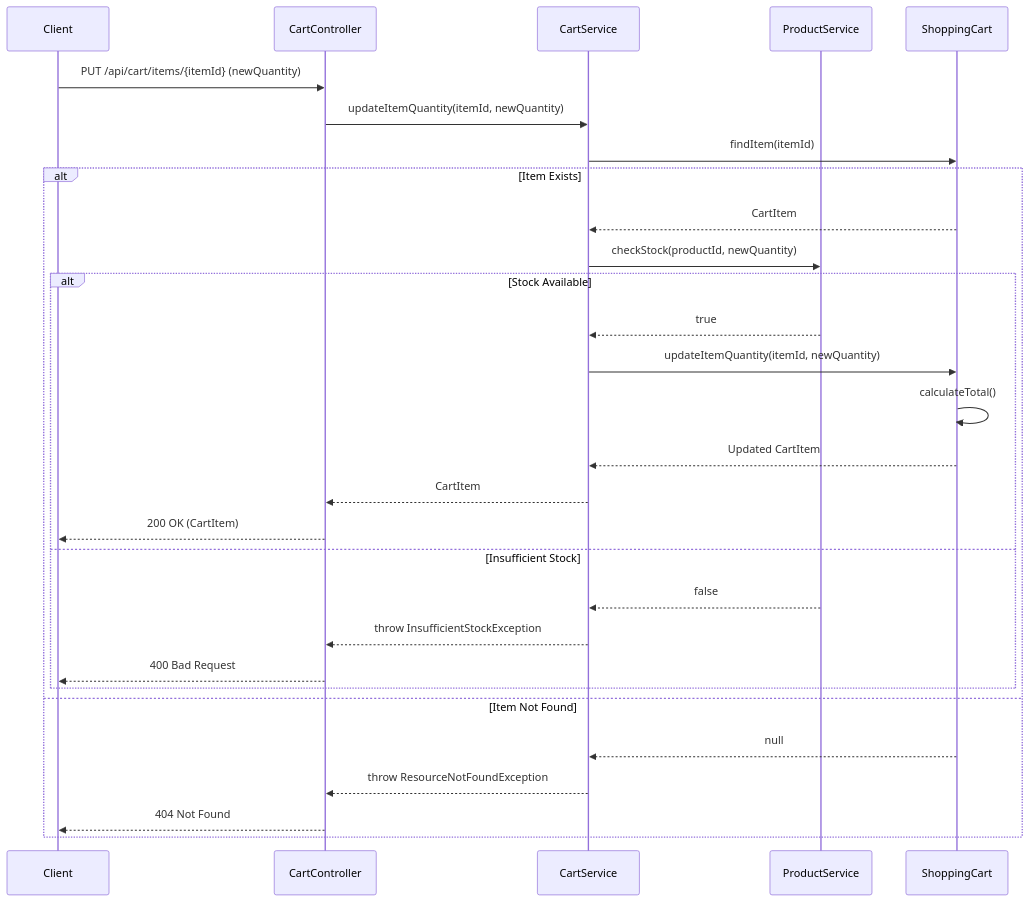
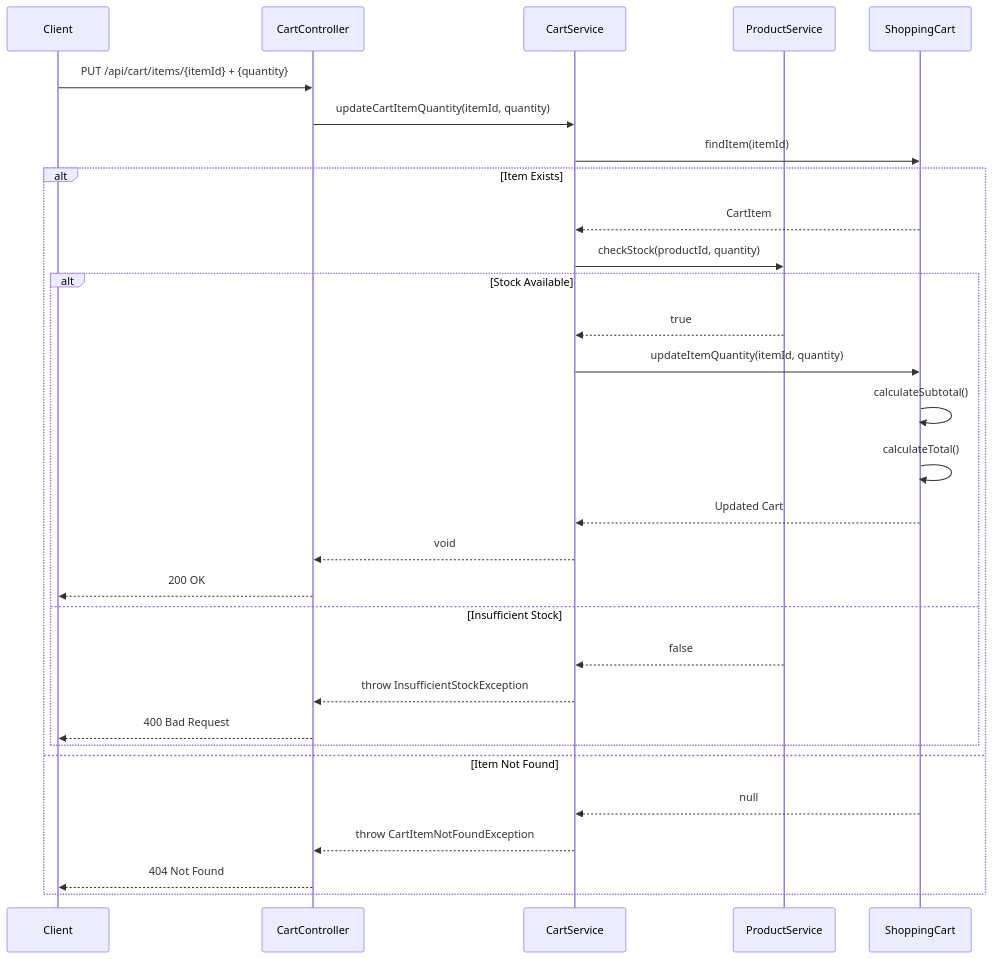
One commit to NavneetBN47/aava-ecom-demo changed diagram 12 of 13 in docs/LLD/lld.md. Above: the diagram before and after it, drawn with Mermaid. The commit also changed other lines of this file, not shown here.

````diff
--- a/docs/LLD/lld.md
+++ b/docs/LLD/lld.md
@@ -446,34 +521,35 @@
 ```mermaid
 sequenceDiagram
     participant Client
     participant CartController
     participant CartService
     participant ProductService
     participant ShoppingCart
 
-    Client->>CartController: PUT /api/cart/items/{itemId} (newQuantity)
-    CartController->>CartService: updateItemQuantity(itemId, newQuantity)
+    Client->>CartController: PUT /api/cart/items/{itemId} + {quantity}
+    CartController->>CartService: updateCartItemQuantity(itemId, quantity)
     CartService->>ShoppingCart: findItem(itemId)
     
     alt Item Exists
         ShoppingCart-->>CartService: CartItem
-        CartService->>ProductService: checkStock(productId, newQuantity)
+        CartService->>ProductService: checkStock(productId, quantity)
         
         alt Stock Available
             ProductService-->>CartService: true
-            CartService->>ShoppingCart: updateItemQuantity(itemId, newQuantity)
+            CartService->>ShoppingCart: updateItemQuantity(itemId, quantity)
+            ShoppingCart->>ShoppingCart: calculateSubtotal()
             ShoppingCart->>ShoppingCart: calculateTotal()
-            ShoppingCart-->>CartService: Updated CartItem
-            CartService-->>CartController: CartItem
-            CartController-->>Client: 200 OK (CartItem)
+            ShoppingCart-->>CartService: Updated Cart
+            CartService-->>CartController: void
+            CartController-->>Client: 200 OK
         else Insufficient Stock
             ProductService-->>CartService: false
             CartService-->>CartController: throw InsufficientStockException
             CartController-->>Client: 400 Bad Request
         end
     else Item Not Found
         ShoppingCart-->>CartService: null
-        CartService-->>CartController: throw ResourceNotFoundException
+        CartService-->>CartController: throw CartItemNotFoundException
         CartController-->>Client: 404 Not Found
     end
 ```
````
